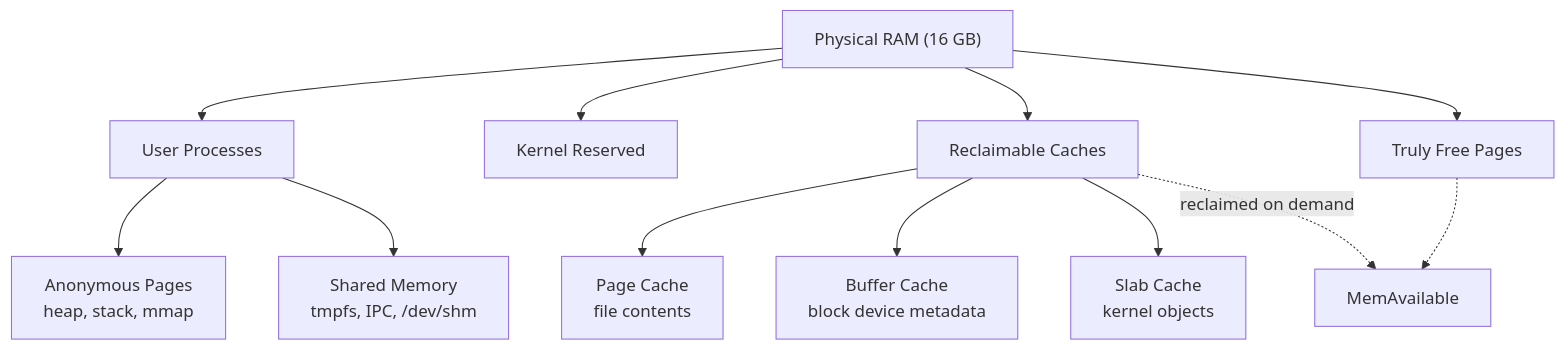
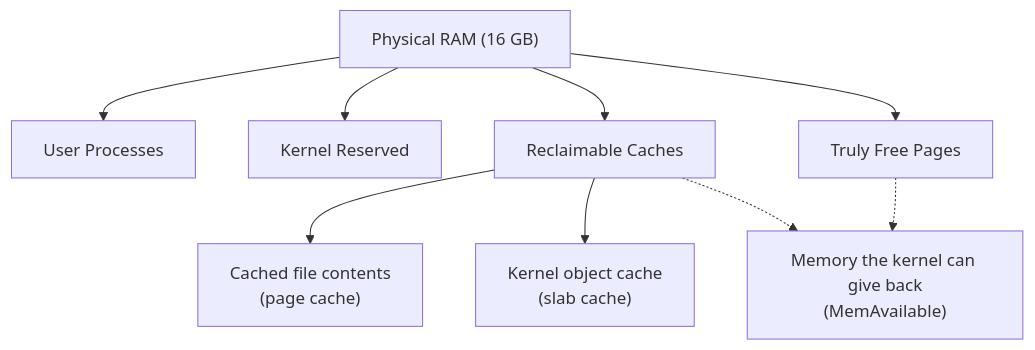
One commit to senlinyy/dev-roadmaps changed the diagram in devops-foundation/linux/system-admin/cpu-memory.md. Above: the diagram before and after it, drawn with Mermaid. The commit also changed 89 other files, not shown here.

````diff
--- a/devops-foundation/linux/system-admin/cpu-memory.md
+++ b/devops-foundation/linux/system-admin/cpu-memory.md
@@ -181,14 +181,11 @@
 ```mermaid
 graph TD
     RAM["Physical RAM (16 GB)"] --> USER["User Processes"]
     RAM --> KERNEL["Kernel Reserved"]
     RAM --> CACHE["Reclaimable Caches"]
     RAM --> FREE["Truly Free Pages"]
-    USER --> ANON["Anonymous Pages\nheap, stack, mmap"]
-    USER --> SHM["Shared Memory\ntmpfs, IPC, /dev/shm"]
-    CACHE --> PAGE["Page Cache\nfile contents"]
-    CACHE --> BUF["Buffer Cache\nblock device metadata"]
-    CACHE --> SLAB["Slab Cache\nkernel objects"]
-    CACHE -.->|"reclaimed on demand"| AVAIL["MemAvailable"]
+    CACHE --> PAGE["Cached file contents<br/>(page cache)"]
+    CACHE --> SLAB["Kernel object cache<br/>(slab cache)"]
+    CACHE -.-> AVAIL["Memory the kernel can give back<br/>(MemAvailable)"]
     FREE -.-> AVAIL
 ```
````
